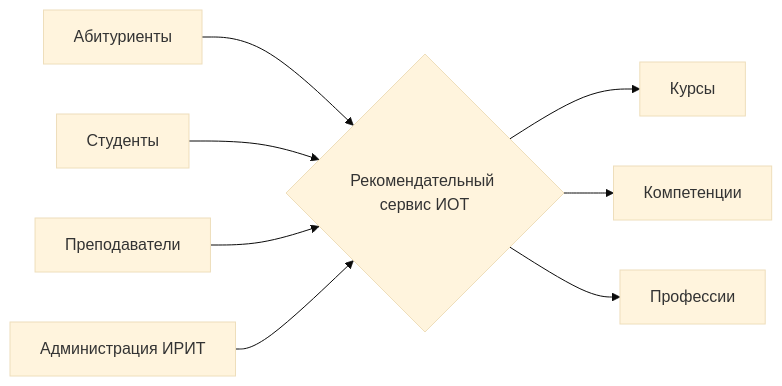
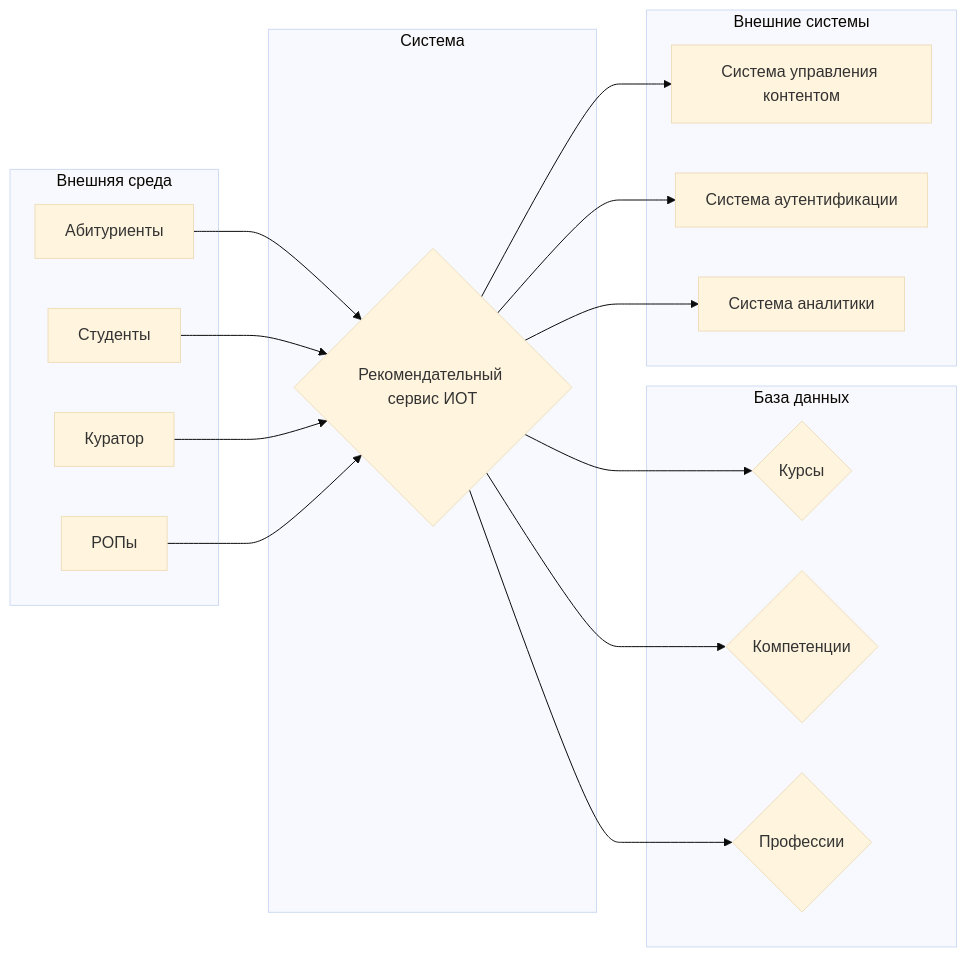
The diagram in README.md (sardelkaaa/Individual-Education-Trajectory), drawn with Mermaid (base theme) before and after one commit.

Commit message:
README.md

````diff
--- a/README.md
+++ b/README.md
@@ -3,10 +3,38 @@
 ```mermaid
 graph LR
-    A[Абитуриенты] --> B{Рекомендательный сервис ИОТ}
-    B --> C[Курсы]
-    B --> D[Компетенции]
-    B --> E[Профессии]
-    F[Студенты] --> B
-    G[Преподаватели] --> B
-    H[Администрация ИРИТ] --> B
+    subgraph Внешняя среда
+        A[Абитуриенты]
+        B[Студенты]
+        C[Куратор]
+        D[РОПы]
+    end
+
+    subgraph Система
+        Z{Рекомендательный сервис ИОТ}
+    end
+
+    A --> Z
+    B --> Z
+    C --> Z
+    D --> Z
+
+    subgraph База данных
+        E{Курсы}
+        F{Компетенции}
+        G{Профессии}
+    end
+
+    Z --> E
+    Z --> F
+    Z --> G
+
+    subgraph Внешние системы
+        H[Система управления контентом]
+        I[Система аутентификации]
+        J[Система аналитики]
+    end
+
+    Z --> H
+    Z --> I
+    Z --> J
 ```
````
